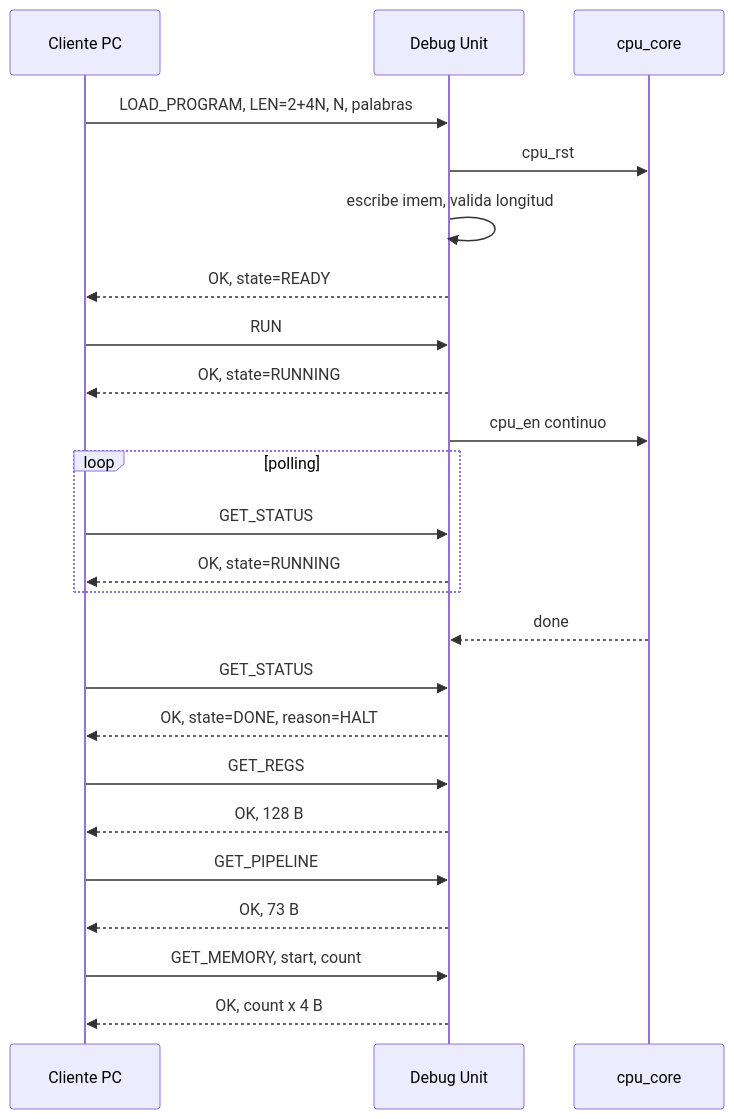
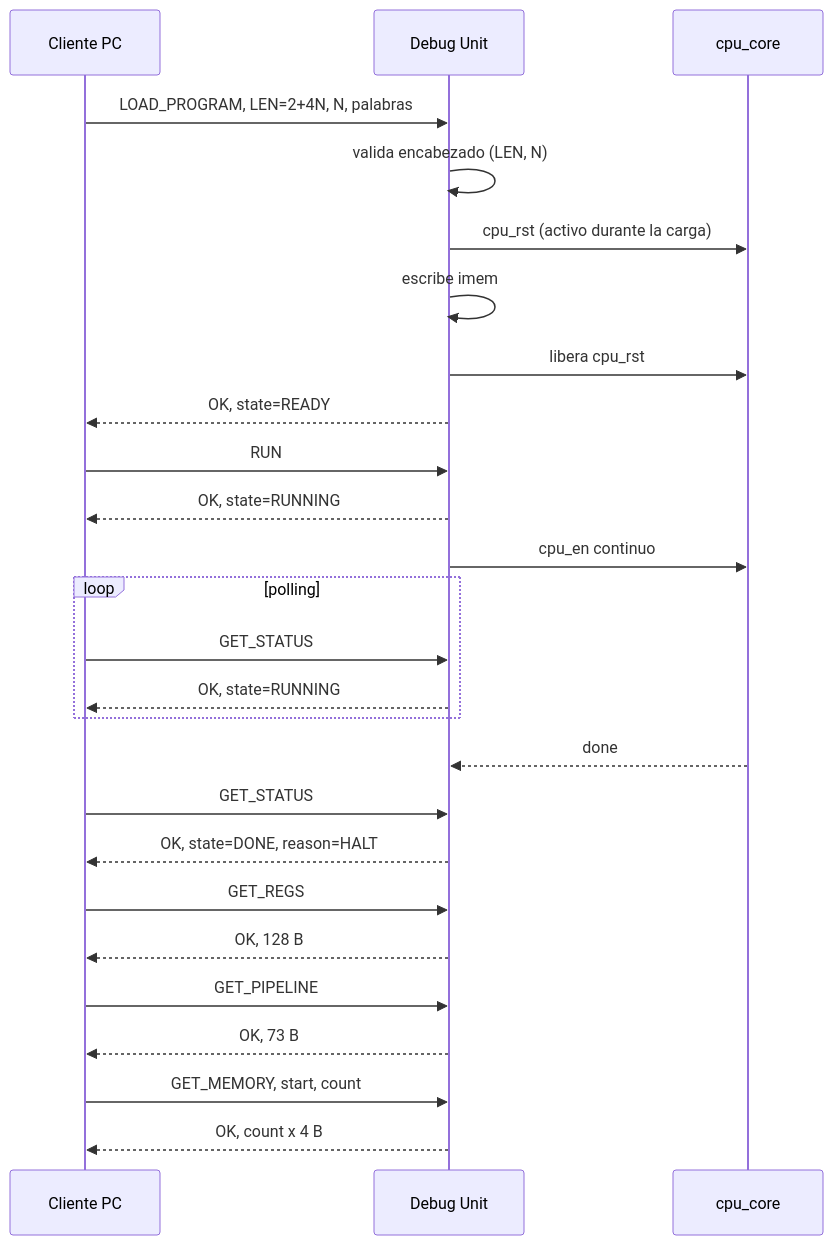
Before and after one commit to Nick07242000/arqui-tps: the sixth of 7 diagrams in TP_FINAL/context/04_arquitectura_riscv_pipeline.md, drawn with Mermaid. The commit also changed other lines of this file and 6 other files, not shown here.

````diff
--- a/TP_FINAL/context/04_arquitectura_riscv_pipeline.md
+++ b/TP_FINAL/context/04_arquitectura_riscv_pipeline.md
@@ -715,26 +717,28 @@
 ```mermaid
 sequenceDiagram
   participant PC as Cliente PC
   participant DU as Debug Unit
   participant CPU as cpu_core
   PC->>DU: LOAD_PROGRAM, LEN=2+4N, N, palabras
-  DU->>CPU: cpu_rst
-  DU->>DU: escribe imem, valida longitud
+  DU->>DU: valida encabezado (LEN, N)
+  DU->>CPU: cpu_rst (activo durante la carga)
+  DU->>DU: escribe imem
+  DU->>CPU: libera cpu_rst
   DU-->>PC: OK, state=READY
   PC->>DU: RUN
   DU-->>PC: OK, state=RUNNING
   DU->>CPU: cpu_en continuo
   loop polling
     PC->>DU: GET_STATUS
     DU-->>PC: OK, state=RUNNING
   end
   CPU-->>DU: done
   PC->>DU: GET_STATUS
   DU-->>PC: OK, state=DONE, reason=HALT
   PC->>DU: GET_REGS
   DU-->>PC: OK, 128 B
   PC->>DU: GET_PIPELINE
   DU-->>PC: OK, 73 B
   PC->>DU: GET_MEMORY, start, count
   DU-->>PC: OK, count x 4 B
 ```
````
